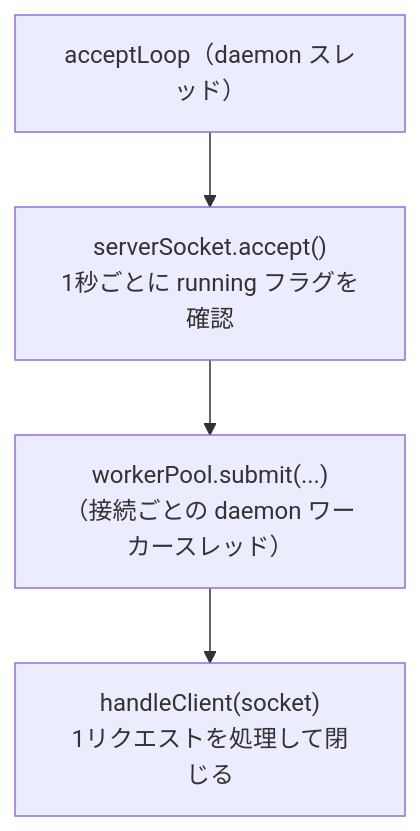
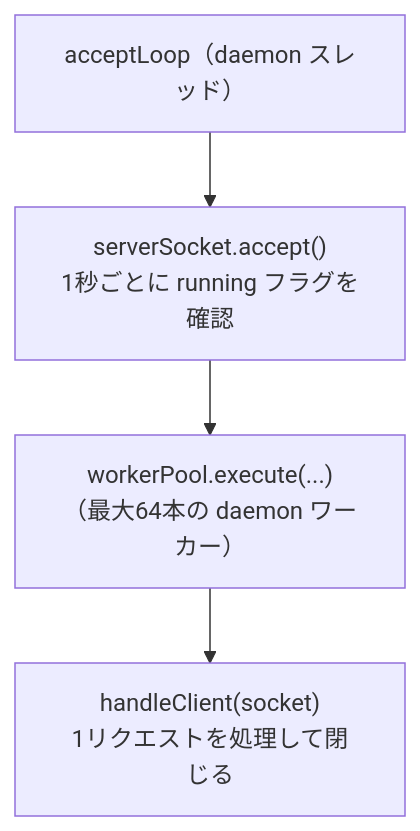
Before and after one commit to opaopa6969/syslenz4j: the second of 3 diagrams in docs/architecture-ja.md, drawn with Mermaid. The commit also changed other lines of this file and 4 other files, not shown here.

````diff
--- a/docs/architecture-ja.md
+++ b/docs/architecture-ja.md
@@ -109,8 +109,8 @@
 ```mermaid
 flowchart TB
     AL["acceptLoop（daemon スレッド）"]
     Accept["serverSocket.accept()<br/>1秒ごとに running フラグを確認"]
-    Submit["workerPool.submit(...)<br/>（接続ごとの daemon ワーカースレッド）"]
+    Submit["workerPool.execute(...)<br/>（最大64本の daemon ワーカー）"]
     Handle["handleClient(socket)<br/>1リクエストを処理して閉じる"]
     AL --> Accept --> Submit --> Handle
 ```
````
